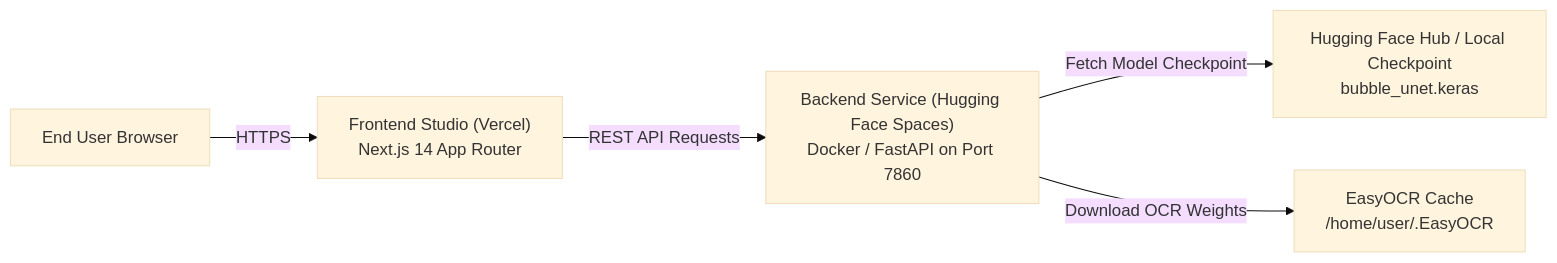
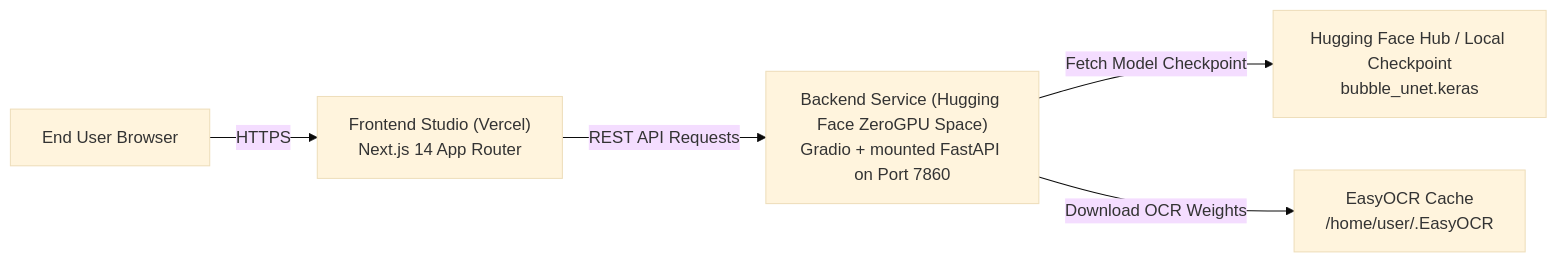
One commit to 01mayankk/comictypeset-ai changed the diagram in docs/DEPLOYMENT.md. Above: the diagram before and after it, drawn with Mermaid (base theme). The commit also changed other lines of this file and 7 other files, not shown here.

Commit message:
Adapt Hugging Face backend for Gradio ZeroGPU

````diff
--- a/docs/DEPLOYMENT.md
+++ b/docs/DEPLOYMENT.md
@@ -9,7 +9,7 @@
 ```mermaid
 flowchart LR
     User["End User Browser"] -->|HTTPS| Vercel["Frontend Studio (Vercel)<br/>Next.js 14 App Router"]
-    Vercel -->|REST API Requests| HF["Backend Service (Hugging Face Spaces)<br/>Docker / FastAPI on Port 7860"]
+    Vercel -->|REST API Requests| HF["Backend Service (Hugging Face ZeroGPU Space)<br/>Gradio + mounted FastAPI on Port 7860"]
     HF -->|Fetch Model Checkpoint| HFHub["Hugging Face Hub / Local Checkpoint<br/>bubble_unet.keras"]
     HF -->|Download OCR Weights| EasyOCRRepo["EasyOCR Cache<br/>/home/user/.EasyOCR"]
 ```
````
